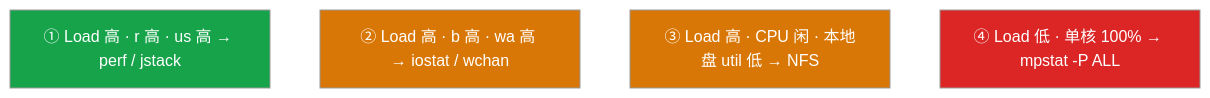
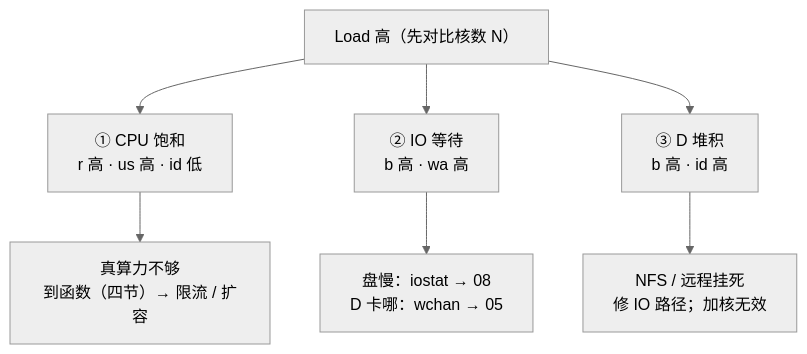
Before and after one commit to ml-cuizijun/LearnToLilith: the second of 5 diagrams in 01-基础底座/06-CPU与Load/知识点.md, drawn with Mermaid (neutral theme). The commit also changed other lines of this file and 470 other files, not shown here.

````diff
--- a/01-基础底座/06-CPU与Load/知识点.md
+++ b/01-基础底座/06-CPU与Load/知识点.md
@@ -429,14 +134,9 @@
 ```mermaid
 flowchart TB
-    t1["① Load 高 · r 高 · us 高 → perf / jstack"]
-    t2["② Load 高 · b 高 · wa 高 → iostat / wchan"]
-    t3["③ Load 高 · CPU 闲 · 本地盘 util 低 → NFS"]
-    t4["④ Load 低 · 单核 100% → mpstat -P ALL"]
-
-    classDef ok fill:#16A34A,color:#fff
-    classDef io fill:#D97706,color:#fff
-    classDef hot fill:#DC2626,color:#fff
-    class t1 ok
-    class t2,t3 io
-    class t4 hot
+    HIGH["Load 高（先对比核数 N）"] --> SAT["① CPU 饱和<br/>r 高 · us 高 · id 低"]
+    HIGH --> IOW["② IO 等待<br/>b 高 · wa 高"]
+    HIGH --> DQ["③ D 堆积<br/>b 高 · id 高"]
+    SAT --> A1["真算力不够<br/>到函数（四节）→ 限流 / 扩容"]
+    IOW --> A2["盘慢：iostat → 08<br/>D 卡哪：wchan → 05"]
+    DQ --> A3["NFS / 远程挂死<br/>修 IO 路径；加核无效"]
 ```
````
